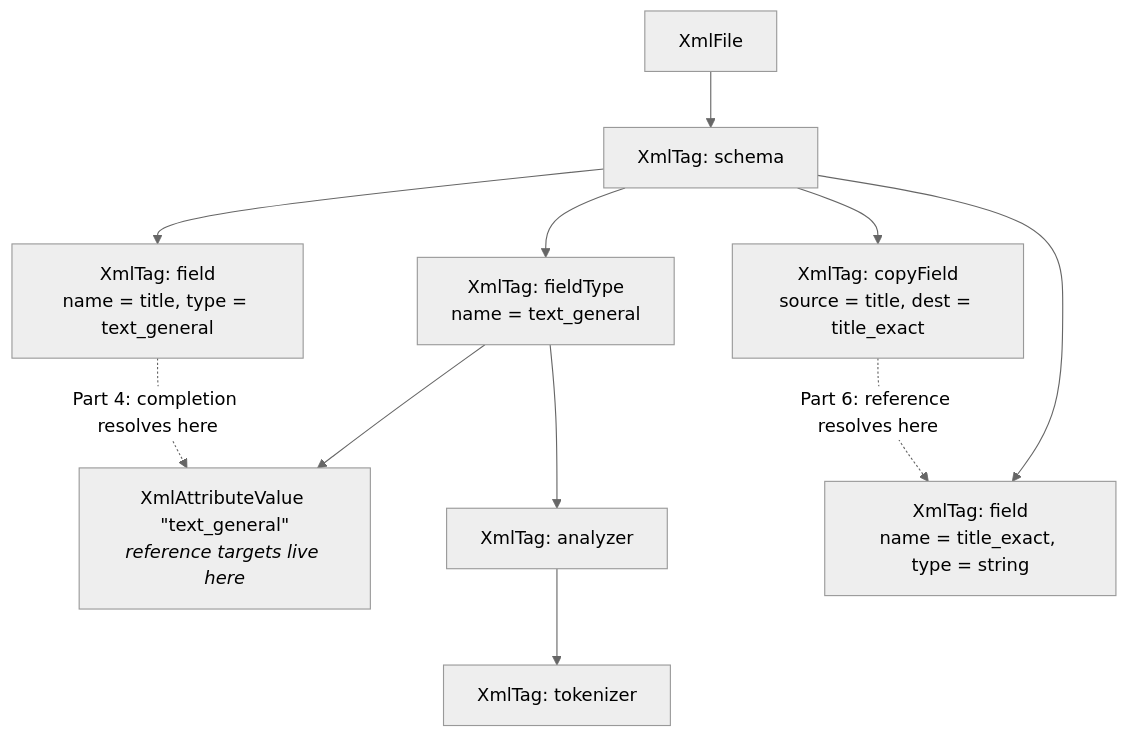
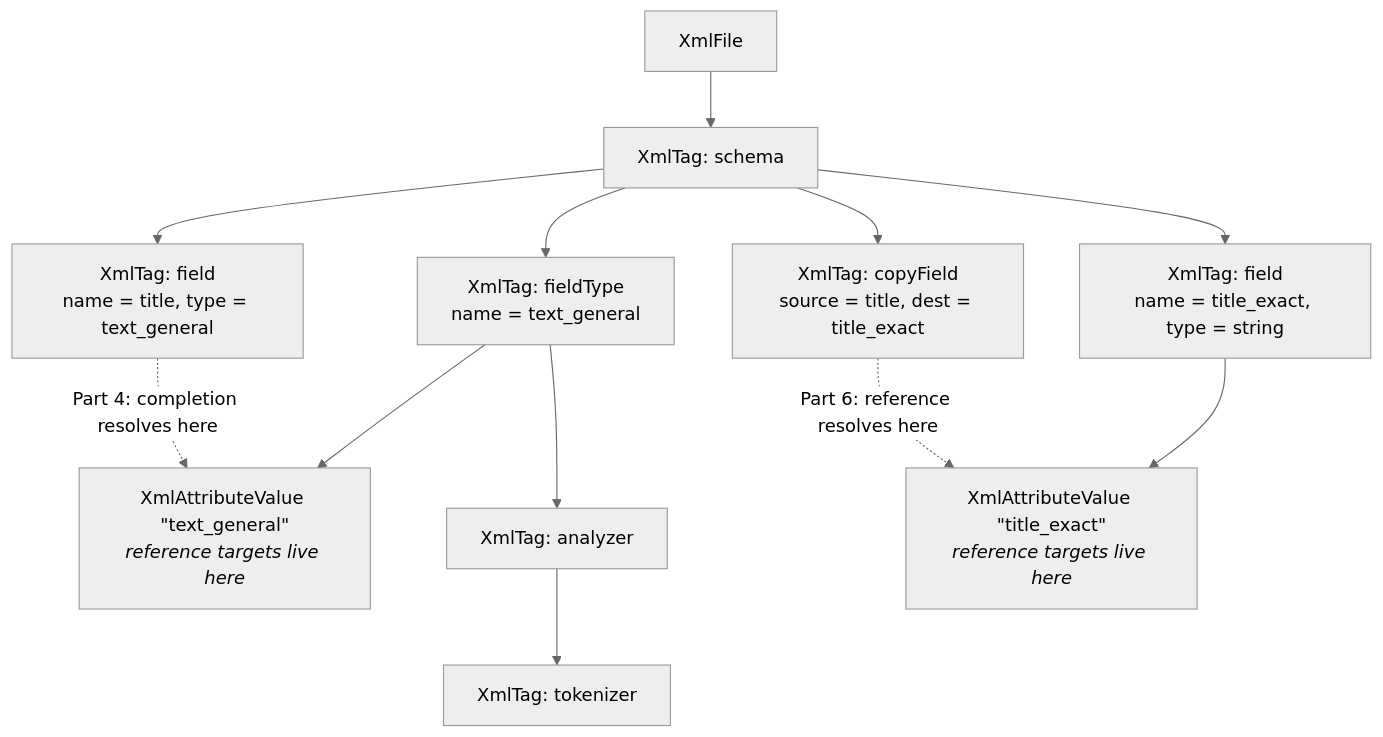
Before and after one commit to adityamparikh/solr-intellij-plugin: the second of 3 diagrams in docs/modern-intellij-plugin-development.md, drawn with Mermaid (neutral theme). The commit also changed other lines of this file, not shown here.

````diff
--- a/docs/modern-intellij-plugin-development.md
+++ b/docs/modern-intellij-plugin-development.md
@@ -321,13 +323,14 @@
 ```mermaid
 flowchart TD
     F["XmlFile"] --> S["XmlTag: schema"]
     S --> FT["XmlTag: fieldType<br/>name = text_general"]
     FT --> AV["XmlAttributeValue &quot;text_general&quot;<br/><i>reference targets live here</i>"]
     FT --> AN["XmlTag: analyzer"]
     AN --> TK["XmlTag: tokenizer"]
     S --> F1["XmlTag: field<br/>name = title, type = text_general"]
     S --> F2["XmlTag: field<br/>name = title_exact, type = string"]
+    F2 --> NV["XmlAttributeValue &quot;title_exact&quot;<br/><i>reference targets live here</i>"]
     S --> CF["XmlTag: copyField<br/>source = title, dest = title_exact"]
     F1 -.->|"Part 4: completion resolves here"| AV
-    CF -.->|"Part 6: reference resolves here"| F2
+    CF -.->|"Part 6: reference resolves here"| NV
 ```
````
